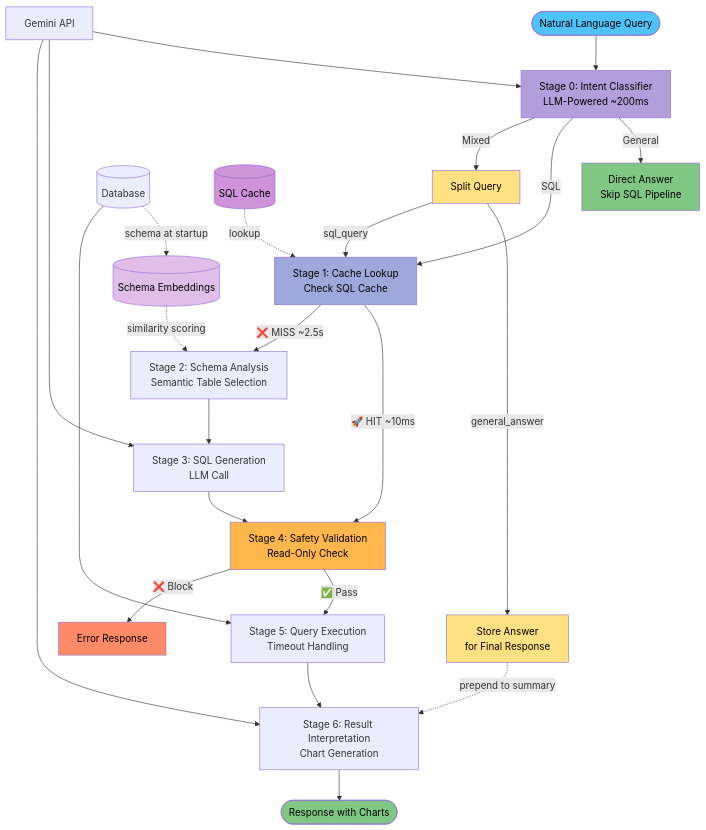
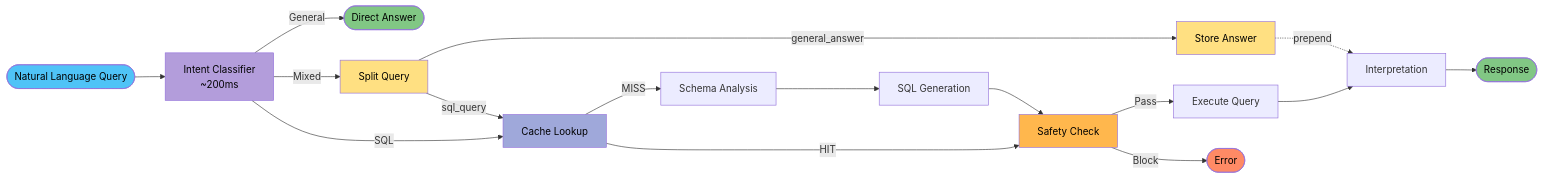
Before and after one commit to keo571/netquery: the diagram in README.md, drawn with Mermaid.

Commit message:
docs: Change flowchart to left-right layout
Natural language query now starts on the left side.
Simplified node labels for better horizontal fit.

🤖 Generated with [Claude Code](https://claude.com/claude-code)

````diff
--- a/README.md
+++ b/README.md
@@ -9,41 +9,31 @@
 ```mermaid
-flowchart TD
-    A([Natural Language Query]) --> IC[Stage 0: Intent Classifier<br/>LLM-Powered ~200ms]
-    IC -->|General| GA[Direct Answer<br/>Skip SQL Pipeline]
-    IC -->|SQL| CL[Stage 1: Cache Lookup<br/>Check SQL Cache]
+flowchart LR
+    A([Natural Language Query]) --> IC[Intent Classifier<br/>~200ms]
+    IC -->|General| GA([Direct Answer])
+    IC -->|SQL| CL[Cache Lookup]
     IC -->|Mixed| SPLIT[Split Query]
 
-    SPLIT -->|general_answer| STORE[Store Answer<br/>for Final Response]
+    SPLIT -->|general_answer| STORE[Store Answer]
     SPLIT -->|sql_query| CL
 
-    CL -->|🚀 HIT ~10ms| V[Stage 4: Safety Validation<br/>Read-Only Check]
-    CL -->|❌ MISS ~2.5s| B[Stage 2: Schema Analysis<br/>Semantic Table Selection]
+    CL -->|HIT| V[Safety Check]
+    CL -->|MISS| B[Schema Analysis]
 
-    B --> C[Stage 3: SQL Generation<br/>LLM Call]
+    B --> C[SQL Generation]
     C --> V
-    V -->|✅ Pass| E[Stage 5: Query Execution<br/>Timeout Handling]
-    V -->|❌ Block| H[Error Response]
-    E --> F[Stage 6: Result Interpretation<br/>Chart Generation]
-    STORE -.->|prepend to summary| F
-    F --> G([Response with Charts])
-
-    DB[(Database)] -.->|schema at startup| SCHEMA_CACHE
-    SCHEMA_CACHE[(Schema Embeddings)] -.->|similarity scoring| B
-    SQL_CACHE[(SQL Cache)] -.->|lookup| CL
-    LLM[Gemini API] --> IC
-    LLM[Gemini API] --> C
-    LLM[Gemini API] --> F
-    DB --> E
+    V -->|Pass| E[Execute Query]
+    V -->|Block| H([Error])
+    E --> F[Interpretation]
+    STORE -.->|prepend| F
+    F --> G([Response])
 
     style A fill:#4FC3F7,color:#000
     style IC fill:#B39DDB,color:#000
     style CL fill:#9FA8DA,color:#000
     style G fill:#81C784,color:#000
     style GA fill:#81C784,color:#000
     style H fill:#FF8A65,color:#000
     style V fill:#FFB74D,color:#000
-    style SCHEMA_CACHE fill:#E1BEE7,color:#000
-    style SQL_CACHE fill:#CE93D8,color:#000
     style SPLIT fill:#FFE082,color:#000
     style STORE fill:#FFE082,color:#000
 ```
````
